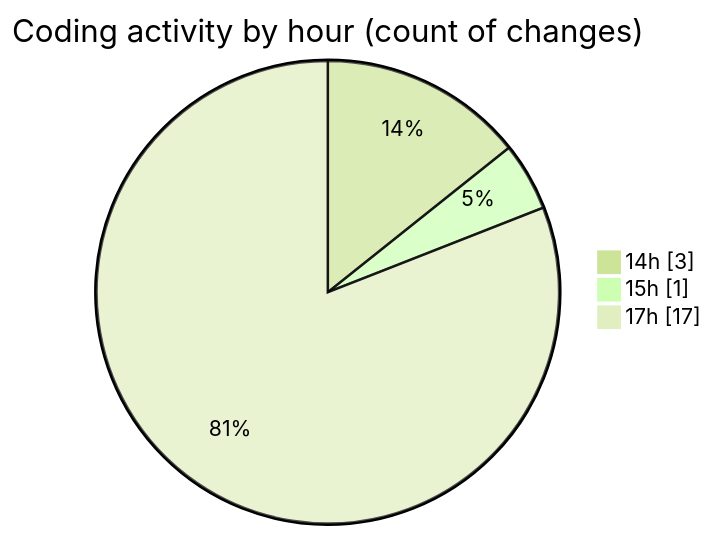
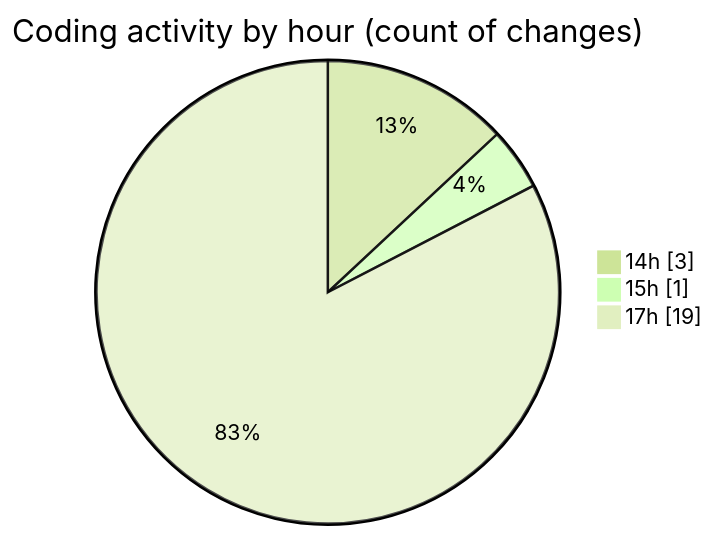
Before and after one commit to nxtqubesakshisongat/code-tracking: the second of 2 diagrams in 2026-02-04/nxtqube_webapp/README.md, drawn with Mermaid (forest theme). The commit also changed other lines of this file and 1 other file, not shown here.

````diff
--- a/2026-02-04/nxtqube_webapp/README.md
+++ b/2026-02-04/nxtqube_webapp/README.md
@@ -31,7 +31,7 @@
 ```mermaid
 pie showData
 title Coding activity by hour (count of changes)
 "14h" : 3
 "15h" : 1
-"17h" : 17
+"17h" : 19
 ```
````
